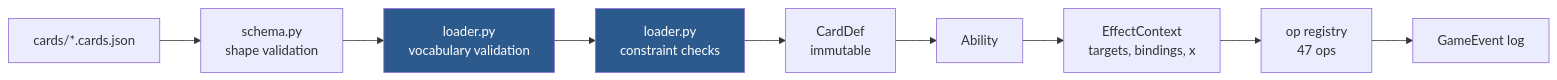
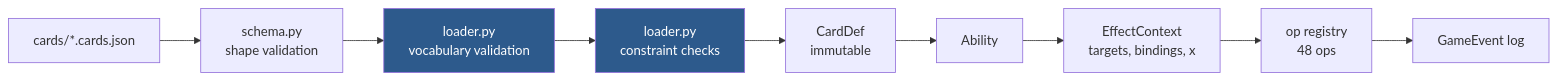
The diagram in docs/card-dsl.md (TylerGauntlett/commander-blitz), drawn with Mermaid before and after one commit. The commit also changed other lines of this file and 10 other files, not shown here.

````diff
--- a/docs/card-dsl.md
+++ b/docs/card-dsl.md
@@ -6,14 +6,14 @@
 ```mermaid
 flowchart LR
     json["cards/*.cards.json"] --> pydantic["schema.py<br/>shape validation"]
     pydantic --> vocab["loader.py<br/>vocabulary validation"]
     vocab --> constraints["loader.py<br/>constraint checks"]
     constraints --> carddef["CardDef<br/>immutable"]
     carddef --> ability["Ability"]
     ability --> ctx["EffectContext<br/>targets, bindings, x"]
-    ctx --> ops["op registry<br/>47 ops"]
+    ctx --> ops["op registry<br/>48 ops"]
     ops --> events["GameEvent log"]
 
     style vocab fill:#2d5a8c,color:#fff
     style constraints fill:#2d5a8c,color:#fff
 ```
````
